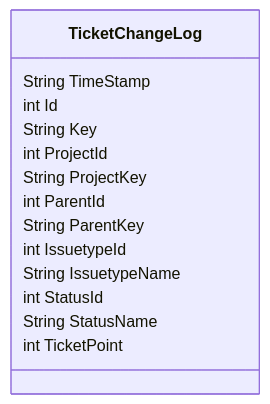
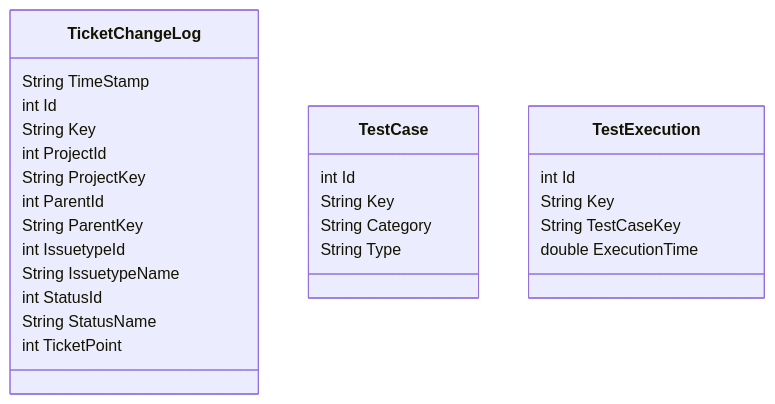
The diagram in README.md (devops-opensource/devops-metrics), drawn with Mermaid before and after one commit. The commit also changed other lines of this file, not shown here.

````diff
--- a/README.md
+++ b/README.md
@@ -2,16 +2,26 @@
 ```mermaid
 classDiagram
   class TicketChangeLog
   TicketChangeLog : String TimeStamp
   TicketChangeLog : int Id
   TicketChangeLog : String Key
   TicketChangeLog : int ProjectId
   TicketChangeLog : String ProjectKey
   TicketChangeLog : int ParentId
   TicketChangeLog : String ParentKey
   TicketChangeLog : int IssuetypeId
   TicketChangeLog : String IssuetypeName
   TicketChangeLog : int StatusId
   TicketChangeLog : String StatusName
   TicketChangeLog : int TicketPoint
+  class TestCase
+  TestCase : int Id
+  TestCase : String Key
+  TestCase : String Category
+  TestCase : String Type
+  class TestExecution
+  TestExecution : int Id
+  TestExecution : String Key
+  TestExecution : String TestCaseKey
+  TestExecution : double ExecutionTime
 ```
````
